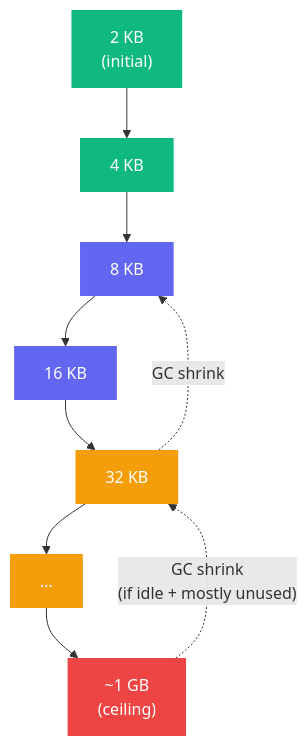
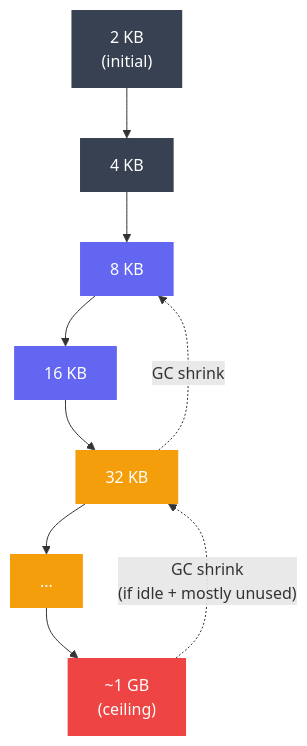
The second of 3 diagrams in content/writing/go-goroutine-stack-growth.md (ashwingopalsamy/site), drawn with Mermaid before and after one commit. The commit also changed other lines of this file and 26 other files, not shown here.

```diff
--- a/content/writing/go-goroutine-stack-growth.md
+++ b/content/writing/go-goroutine-stack-growth.md
@@ -123,20 +123,20 @@
 {{< mermaid >}}
 graph TD
     S1["2 KB\n(initial)"] --> S2["4 KB"]
     S2 --> S3["8 KB"]
     S3 --> S4["16 KB"]
     S4 --> S5["32 KB"]
     S5 --> S6["..."]
     S6 --> S7["~1 GB\n(ceiling)"]
 
     S7 -.->|"GC shrink\n(if idle + mostly unused)"| S5
     S5 -.->|"GC shrink"| S3
 
-    style S1 fill:#10b981,color:#fff,stroke:none
-    style S2 fill:#10b981,color:#fff,stroke:none
+    style S1 fill:#374151,color:#fff,stroke:none
+    style S2 fill:#374151,color:#fff,stroke:none
     style S3 fill:#6366f1,color:#fff,stroke:none
     style S4 fill:#6366f1,color:#fff,stroke:none
     style S5 fill:#f59e0b,color:#fff,stroke:none
     style S6 fill:#f59e0b,color:#fff,stroke:none
     style S7 fill:#ef4444,color:#fff,stroke:none
 {{< /mermaid >}}
```
